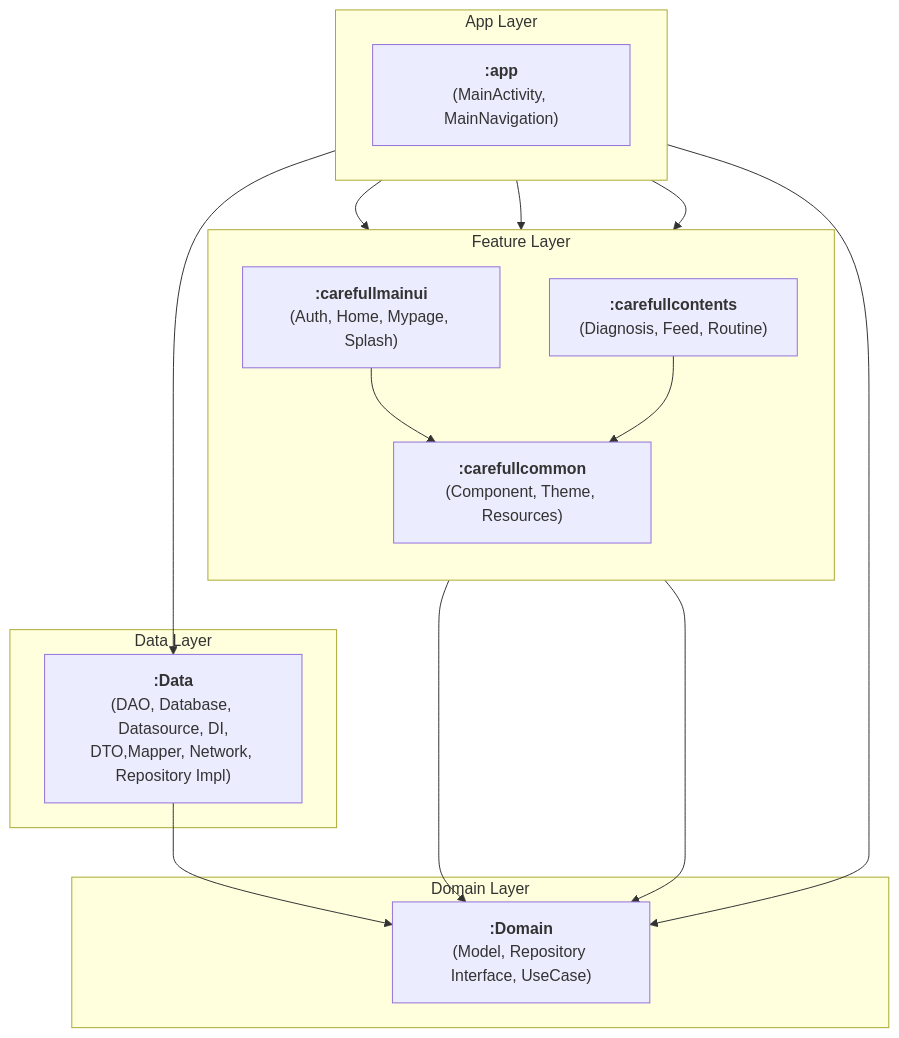
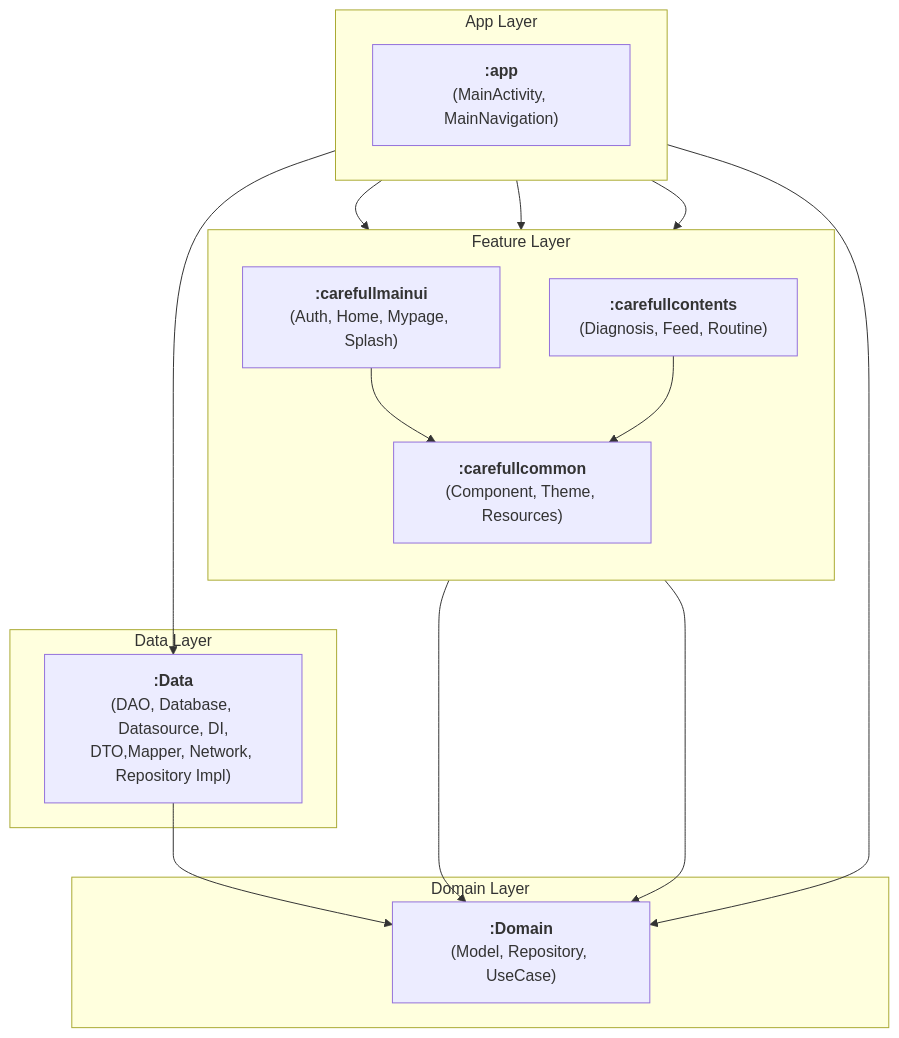
One commit to dptcldpa/Carefull changed the diagram in README.md. Above: the diagram before and after it, drawn with Mermaid. The commit also changed other lines of this file, not shown here.

````diff
--- a/README.md
+++ b/README.md
@@ -56,30 +45,30 @@
 ```mermaid
 graph TD
     subgraph "App Layer"
         direction LR
         App["<b>:app</b><br/>(MainActivity, MainNavigation)"]
     end
     subgraph "Feature Layer"
         direction TB
         CareFullMainUi["<b>:carefullmainui</b><br/>(Auth, Home, Mypage, Splash)"]
         CareFullContents["<b>:carefullcontents</b><br/>(Diagnosis, Feed, Routine)"]
         CareFullCommon["<b>:carefullcommon</b><br/>(Component, Theme, Resources)"]
     end
     subgraph "Domain Layer"
-        Domain["<b>:Domain</b><br/>(Model, Repository Interface, UseCase)"]
+        Domain["<b>:Domain</b><br/>(Model, Repository, UseCase)"]
     end
     subgraph "Data Layer"
         Data["<b>:Data</b><br/>(DAO, Database, Datasource, DI,<br/>DTO,Mapper, Network, Repository Impl)"]
     end
 
     App --> CareFullMainUi;
     App --> CareFullContents;
     App --> CareFullCommon;
     App --> Data;
     App --> Domain;
     CareFullMainUi --> CareFullCommon;
     CareFullContents --> CareFullCommon;
     CareFullMainUi --> Domain;
     CareFullContents ---> Domain;
     Data --> Domain;
 ```
````
